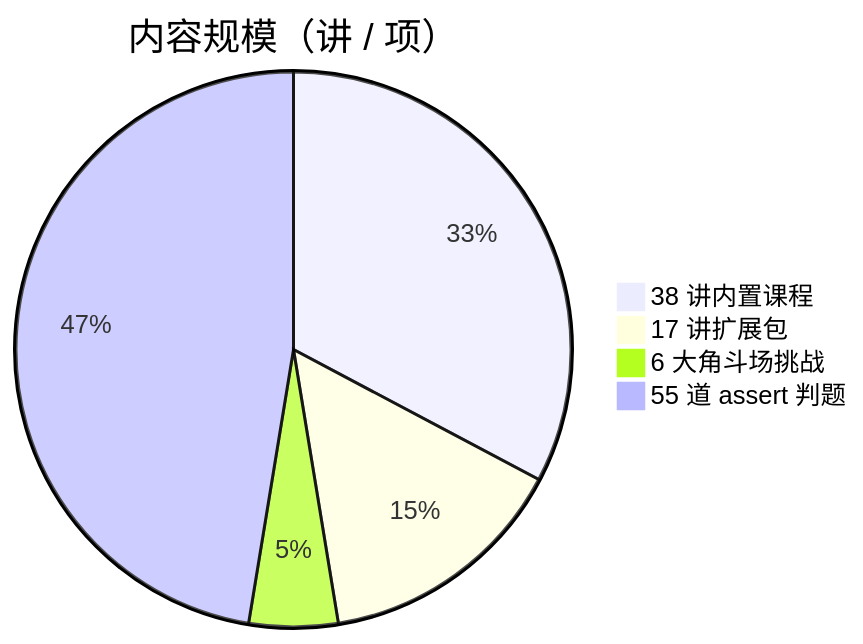
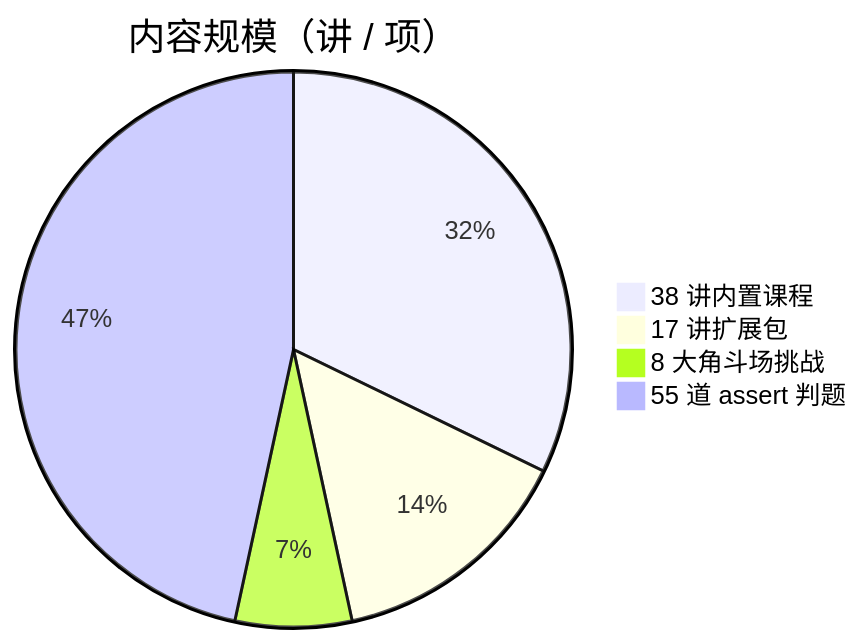
Before and after one commit to Morningstar202604/mashang: the third of 4 diagrams in README.zh-CN.md, drawn with Mermaid. The commit also changed other lines of this file and 56 other files, not shown here.

First line of the commit message:
fix(ui): 逐屏巡检修复 12 项界面缺陷 + 重制全部截图与演示视频

````diff
--- a/README.zh-CN.md
+++ b/README.zh-CN.md
@@ -91,7 +91,7 @@
 ```mermaid
 pie title 内容规模（讲 / 项）
     "38 讲内置课程" : 38
     "17 讲扩展包" : 17
-    "6 大角斗场挑战" : 6
+    "8 大角斗场挑战" : 8
     "55 道 assert 判题" : 55
 ```
````
